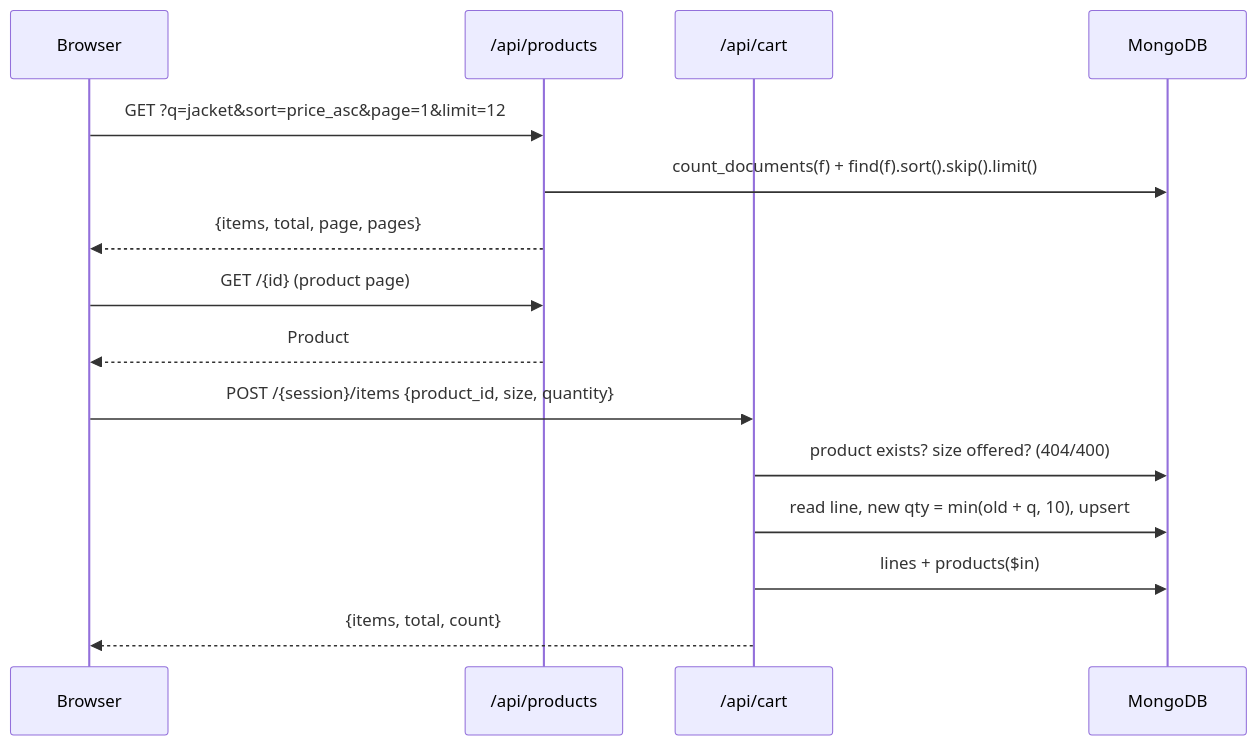
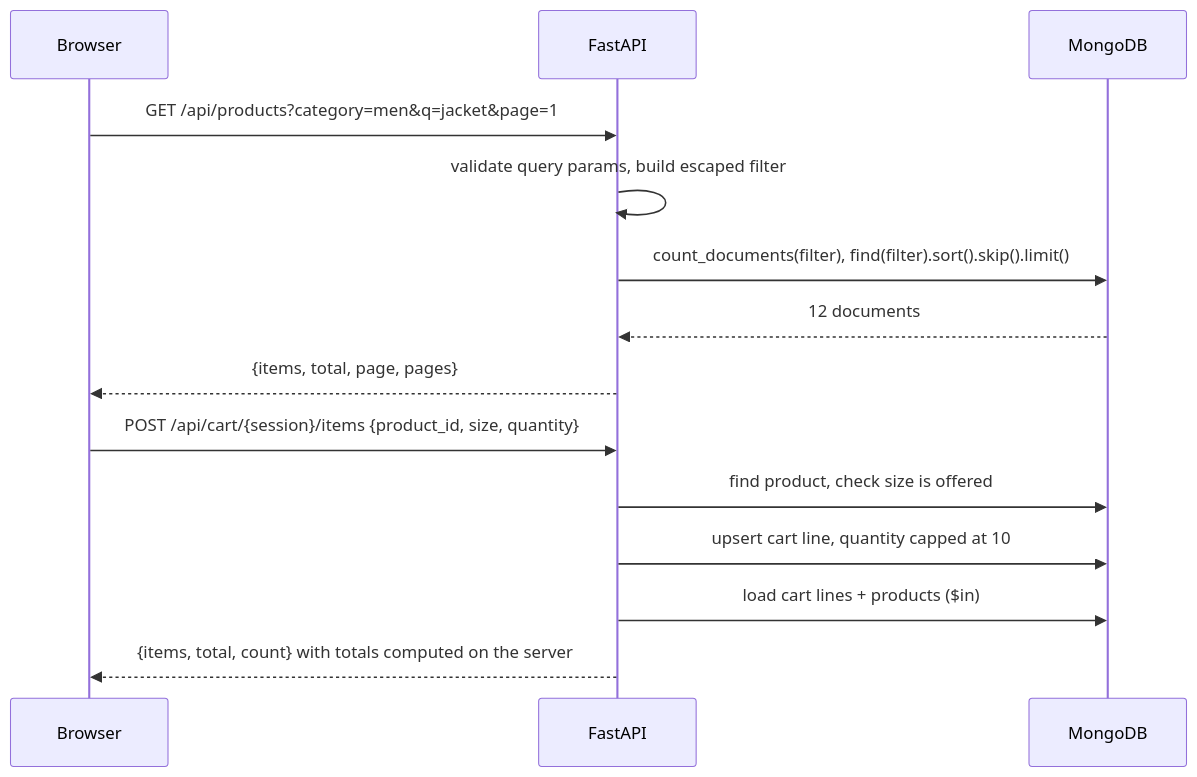
Before and after one commit to abhishek-tiwari-nitrr/ChatCloset: the third of 4 diagrams in docs/HLD.md, drawn with Mermaid. The commit also changed other lines of this file and 7 other files, not shown here.

````diff
--- a/docs/HLD.md
+++ b/docs/HLD.md
@@ -63,17 +88,16 @@
 ```mermaid
 sequenceDiagram
     participant B as Browser
-    participant P as /api/products
-    participant C as /api/cart
+    participant A as FastAPI
     participant M as MongoDB
-    B->>P: GET ?q=jacket&sort=price_asc&page=1&limit=12
-    P->>M: count_documents(f) + find(f).sort().skip().limit()
-    P-->>B: {items, total, page, pages}
-    B->>P: GET /{id} (product page)
-    P-->>B: Product
-    B->>C: POST /{session}/items {product_id, size, quantity}
-    C->>M: product exists? size offered? (404/400)
-    C->>M: read line, new qty = min(old + q, 10), upsert
-    C->>M: lines + products($in)
-    C-->>B: {items, total, count}
+    B->>A: GET /api/products?category=men&q=jacket&page=1
+    A->>A: validate query params, build escaped filter
+    A->>M: count_documents(filter), find(filter).sort().skip().limit()
+    M-->>A: 12 documents
+    A-->>B: {items, total, page, pages}
+    B->>A: POST /api/cart/{session}/items {product_id, size, quantity}
+    A->>M: find product, check size is offered
+    A->>M: upsert cart line, quantity capped at 10
+    A->>M: load cart lines + products ($in)
+    A-->>B: {items, total, count} with totals computed on the server
 ```
````
